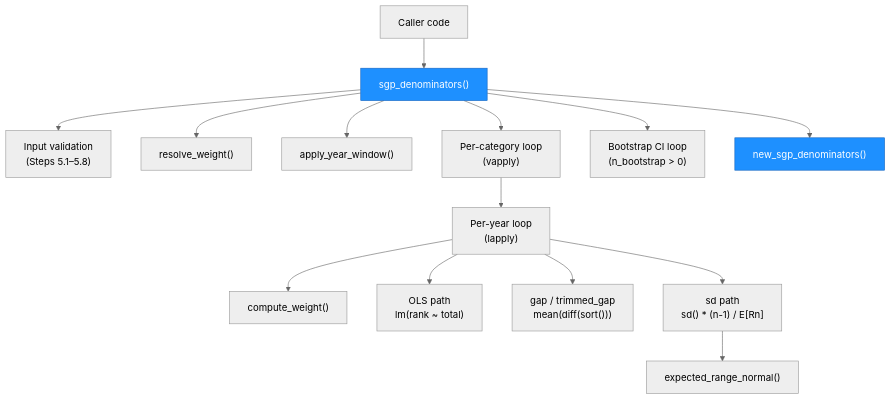
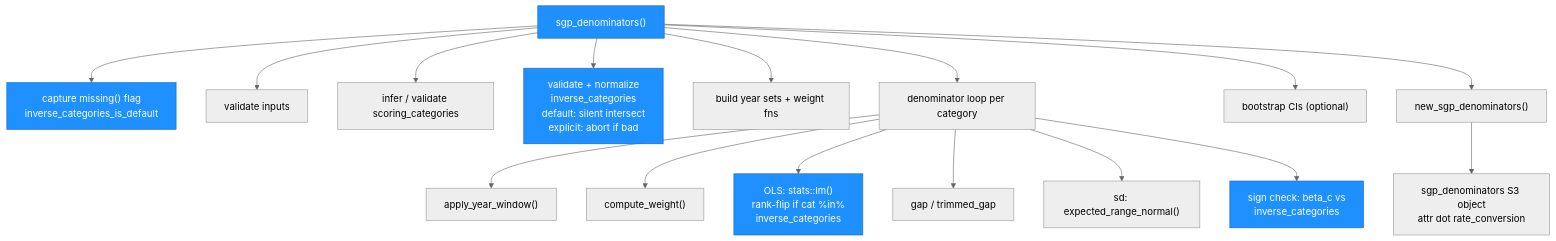
One commit to JDenn0514/rotostats changed the fifth of 6 diagrams in ARCHITECTURE.md. Above: the diagram before and after it, drawn with Mermaid. The commit also changed other lines of this file and 1 other file, not shown here.

First line of the commit message:
docs(par): add par() to ARCHITECTURE + NEWS + run log

````diff
--- a/ARCHITECTURE.md
+++ b/ARCHITECTURE.md
@@ -102,35 +227,27 @@
 ```mermaid
 %%{init: {'theme': 'neutral'}}%%
 graph TD
-  CALLER["Caller code"]
-  SGP["sgp_denominators()"]
-  VAL["Input validation\n(Steps 5.1–5.8)"]
-  RW["resolve_weight()"]
-  AYW["apply_year_window()"]
-  CW["compute_weight()"]
-  LOOPY["Per-category loop\n(vapply)"]
-  LOOPYR["Per-year loop\n(lapply)"]
-  OLS["OLS path\nlm(rank ~ total)"]
-  GAP["gap / trimmed_gap\nmean(diff(sort()))"]
-  SD["sd path\nsd() * (n-1) / E[Rn]"]
-  ERN["expected_range_normal()"]
-  BOOT["Bootstrap CI loop\n(n_bootstrap > 0)"]
-  CTOR["new_sgp_denominators()"]
+    SD["sgp_denominators()"] --> SD0["capture missing() flag\ninverse_categories_is_default"]
+    SD --> SD1["validate inputs"]
+    SD --> SD2["infer / validate scoring_categories"]
+    SD --> SDV["validate + normalize\ninverse_categories\ndefault: silent intersect\nexplicit: abort if bad"]
+    SD --> SD3["build year sets + weight fns"]
+    SD --> SD4["denominator loop per category"]
+    SD --> SD5["bootstrap CIs (optional)"]
+    SD --> SD6["new_sgp_denominators()"]
 
-  CALLER --> SGP
-  SGP --> VAL
-  SGP --> RW
-  SGP --> AYW
-  SGP --> LOOPY
-  LOOPY --> LOOPYR
-  LOOPYR --> CW
-  LOOPYR --> OLS
-  LOOPYR --> GAP
-  LOOPYR --> SD
-  SD --> ERN
-  SGP --> BOOT
-  SGP --> CTOR
+    SD4 --> SD4a["apply_year_window()"]
+    SD4 --> SD4b["compute_weight()"]
+    SD4 --> SD4c["OLS: stats::lm()\nrank-flip if cat %in%\ninverse_categories"]
+    SD4 --> SD4d["gap / trimmed_gap"]
+    SD4 --> SD4e["sd: expected_range_normal()"]
+    SD4 --> SD4f["sign check: beta_c vs\ninverse_categories"]
 
-  style SGP fill:#1e90ff,stroke:#1565c0,color:#fff
-  style CTOR fill:#1e90ff,stroke:#1565c0,color:#fff
+    SD6 --> S3["sgp_denominators S3 object\nattr dot rate_conversion"]
+
+    style SD fill:#1e90ff,stroke:#1565c0,color:#fff
+    style SD0 fill:#1e90ff,stroke:#1565c0,color:#fff
+    style SDV fill:#1e90ff,stroke:#1565c0,color:#fff
+    style SD4c fill:#1e90ff,stroke:#1565c0,color:#fff
+    style SD4f fill:#1e90ff,stroke:#1565c0,color:#fff
 ```
````
